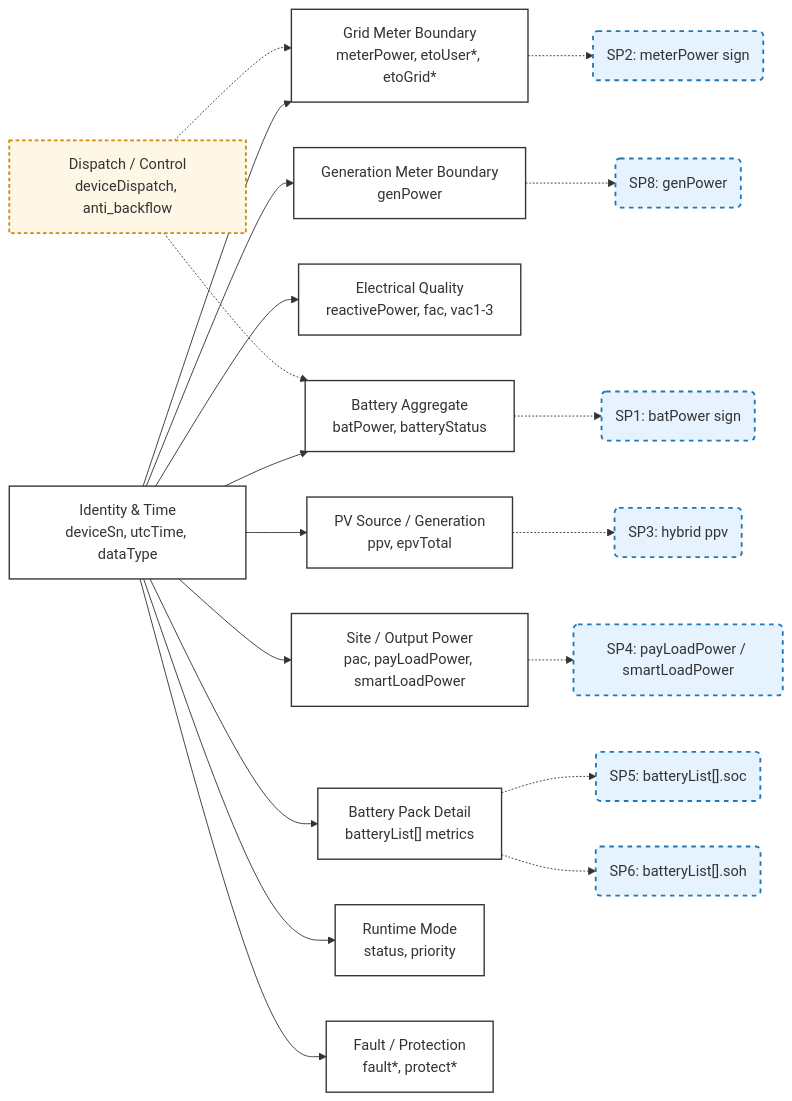
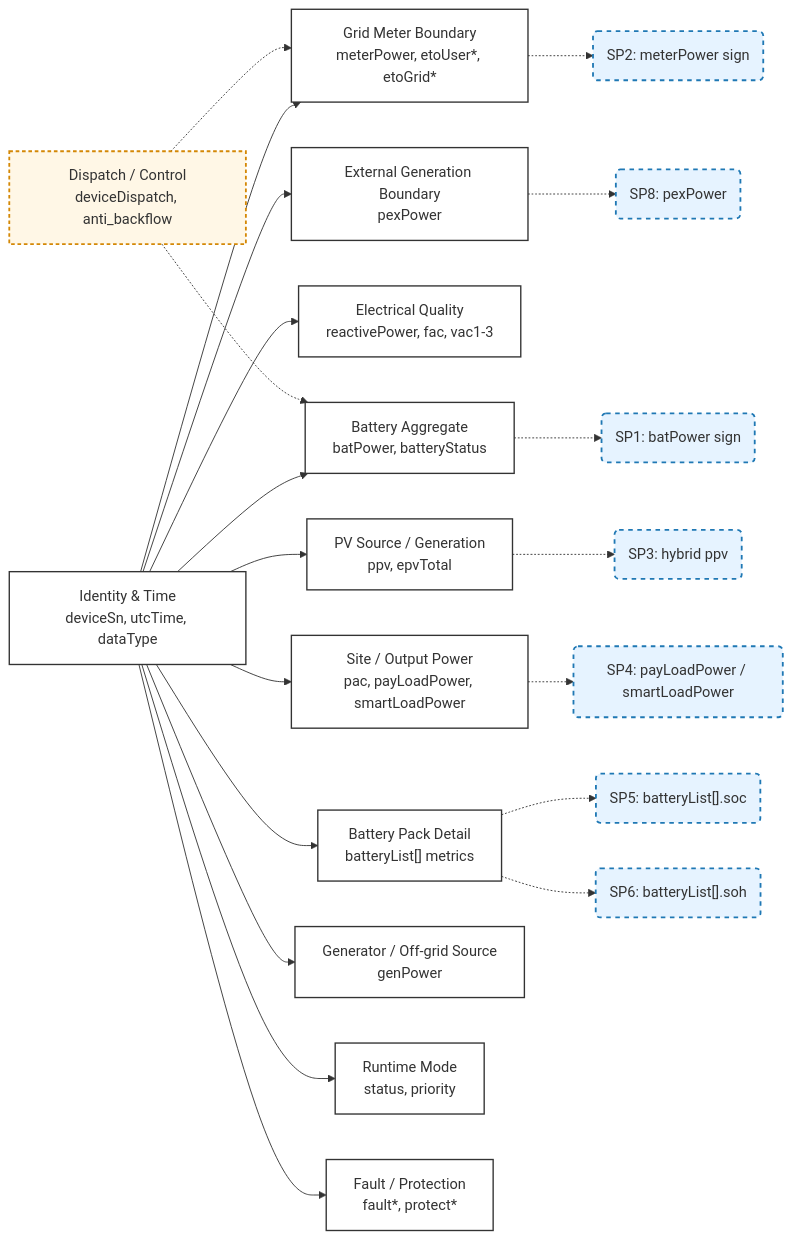
The sixth of 8 diagrams in Growatt API/OPENAPI/13_ess_semantic_model.md (EugeneJian/growatt-unified-api), drawn with Mermaid before and after one commit. The commit also changed other lines of this file and 7 other files, not shown here.

````diff
--- a/Growatt API/OPENAPI/13_ess_semantic_model.md
+++ b/Growatt API/OPENAPI/13_ess_semantic_model.md
@@ -321,51 +326,53 @@
 ```mermaid
 flowchart LR
 
     classDef block fill:#ffffff,stroke:#333,stroke-width:1.5px;
     classDef semantic fill:#e6f3ff,stroke:#1f78b4,stroke-width:2px,stroke-dasharray: 5 5;
     classDef dispatch fill:#fff7e6,stroke:#d48806,stroke-width:2px,stroke-dasharray: 4 3;
 
     Meta["Identity & Time<br/>deviceSn, utcTime, dataType"]
     GridMeterBlock["Grid Meter Boundary<br/>meterPower, etoUser*, etoGrid*"]
-    GenerationMeterBlock["Generation Meter Boundary<br/>genPower"]
+    ExternalGenerationBlock["External Generation Boundary<br/>pexPower"]
     Electrical["Electrical Quality<br/>reactivePower, fac, vac1-3"]
     PVBlock["PV Source / Generation<br/>ppv, epvTotal"]
     SiteBlock["Site / Output Power<br/>pac, payLoadPower, smartLoadPower"]
     BatteryAgg["Battery Aggregate<br/>batPower, batteryStatus"]
     BatteryPack["Battery Pack Detail<br/>batteryList[] metrics"]
+    GeneratorBlock["Generator / Off-grid Source<br/>genPower"]
     Runtime["Runtime Mode<br/>status, priority"]
     Fault["Fault / Protection<br/>fault*, protect*"]
 
     SP1("SP1: batPower sign")
     SP2("SP2: meterPower sign")
     SP3("SP3: hybrid ppv")
     SP4("SP4: payLoadPower / smartLoadPower")
     SP5("SP5: batteryList[].soc")
     SP6("SP6: batteryList[].soh")
-    SP8("SP8: genPower")
+    SP8("SP8: pexPower")
     Dispatch["Dispatch / Control<br/>deviceDispatch, anti_backflow"]
 
     Meta --> GridMeterBlock
-    Meta --> GenerationMeterBlock
+    Meta --> ExternalGenerationBlock
     Meta --> Electrical
     Meta --> PVBlock
     Meta --> SiteBlock
     Meta --> BatteryAgg
     Meta --> BatteryPack
+    Meta --> GeneratorBlock
     Meta --> Runtime
     Meta --> Fault
 
     GridMeterBlock -.-> SP2
-    GenerationMeterBlock -.-> SP8
+    ExternalGenerationBlock -.-> SP8
     PVBlock -.-> SP3
     SiteBlock -.-> SP4
     BatteryAgg -.-> SP1
     BatteryPack -.-> SP5
     BatteryPack -.-> SP6
     Dispatch -.-> BatteryAgg
     Dispatch -.-> GridMeterBlock
 
-    class Meta,GridMeterBlock,GenerationMeterBlock,Electrical,PVBlock,SiteBlock,BatteryAgg,BatteryPack,Runtime,Fault block;
+    class Meta,GridMeterBlock,ExternalGenerationBlock,Electrical,PVBlock,SiteBlock,BatteryAgg,BatteryPack,GeneratorBlock,Runtime,Fault block;
     class SP1,SP2,SP3,SP4,SP5,SP6,SP8 semantic;
     class Dispatch dispatch;
 ```
````
